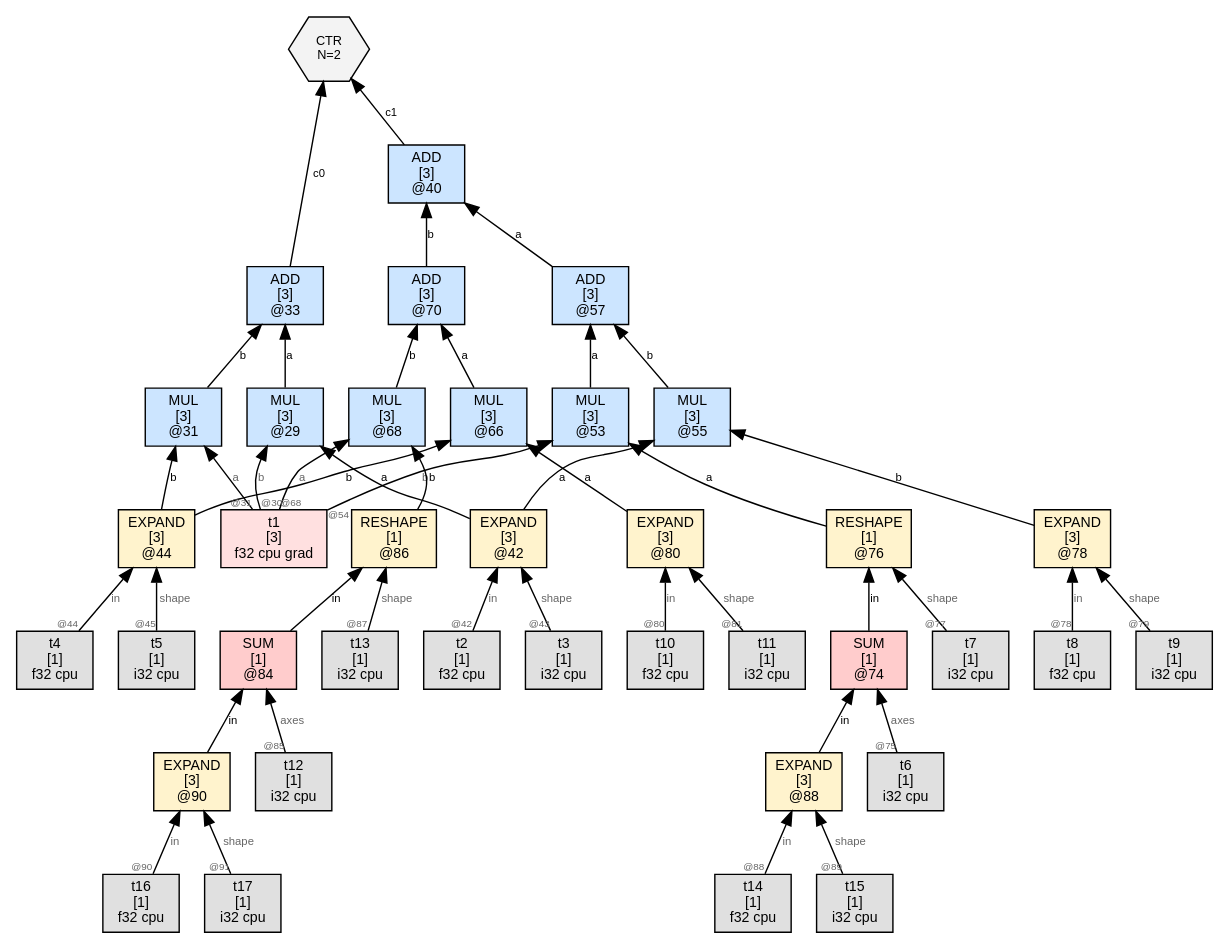
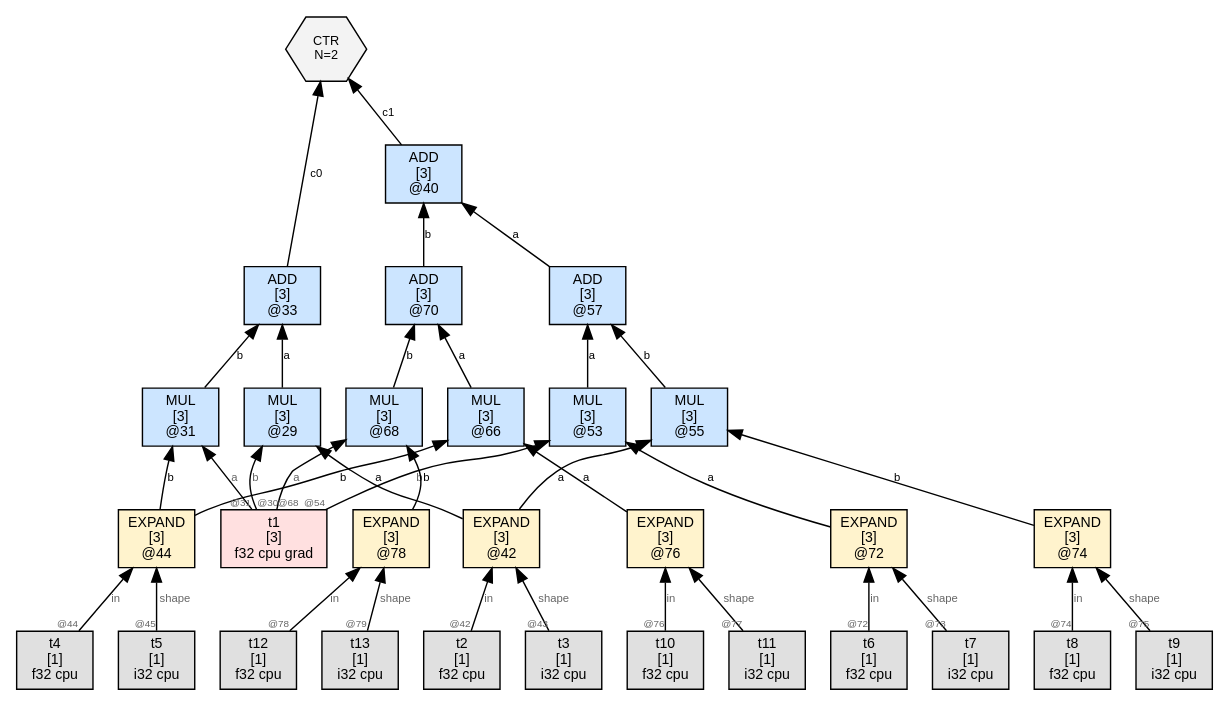
The diagram in wl/examples/thvm_graphs/grad_rules/second_derivative/thvm_2_post_sweep.dot (sw1sh/TinyHVM), drawn with Graphviz before and after one commit. The commit also changed 19 other files, not shown here.

First line of the commit message:
grad: EXPAND rule direct-emit — 105/105 e2e pass CPU+Metal

```diff
--- a/wl/examples/thvm_graphs/grad_rules/second_derivative/thvm_2_post_sweep.dot
+++ b/wl/examples/thvm_graphs/grad_rules/second_derivative/thvm_2_post_sweep.dot
@@ -1,86 +1,70 @@
 digraph G {
   rankdir=BT;
   node [fontname="Helvetica", fontsize=10, style=filled, shape=box, margin="0.1,0.05"];
   edge [fontsize=8, fontname="Helvetica"];
 
   n33 [label="ADD\n[3]\n@33", shape=box, fillcolor="#cce5ff"];
   n29 -> n33 [label="a"];
   n31 -> n33 [label="b"];
   n40 [label="ADD\n[3]\n@40", shape=box, fillcolor="#cce5ff"];
   n57 -> n40 [label="a"];
   n70 -> n40 [label="b"];
   ctr11 [label="CTR\nN=2", shape=hexagon, fillcolor="#f3f3f3", fontsize=9];
   n33 -> ctr11 [label="c0"];
   n40 -> ctr11 [label="c1"];
   n42 [label="EXPAND\n[3]\n@42", shape=box, fillcolor="#fff3cd"];
   t2 [label="t2\n[1]\nf32 cpu",shape=box,fillcolor="#e0e0e0"];
   t2 -> n42 [label="in",taillabel="@42",labelfontsize=7,fontcolor="#666666"];
   t3 [label="t3\n[1]\ni32 cpu",shape=box,fillcolor="#e0e0e0"];
   t3 -> n42 [label="shape",taillabel="@43",labelfontsize=7,fontcolor="#666666"];
   n44 [label="EXPAND\n[3]\n@44", shape=box, fillcolor="#fff3cd"];
   t4 [label="t4\n[1]\nf32 cpu",shape=box,fillcolor="#e0e0e0"];
   t4 -> n44 [label="in",taillabel="@44",labelfontsize=7,fontcolor="#666666"];
   t5 [label="t5\n[1]\ni32 cpu",shape=box,fillcolor="#e0e0e0"];
   t5 -> n44 [label="shape",taillabel="@45",labelfontsize=7,fontcolor="#666666"];
   n29 [label="MUL\n[3]\n@29", shape=box, fillcolor="#cce5ff"];
   n42 -> n29 [label="a"];
   t1 [label="t1\n[3]\nf32 cpu grad",shape=box,fillcolor="#ffe0e0"];
   t1 -> n29 [label="b",taillabel="@30",labelfontsize=7,fontcolor="#666666"];
   n31 [label="MUL\n[3]\n@31", shape=box, fillcolor="#cce5ff"];
   t1 -> n31 [label="a",taillabel="@31",labelfontsize=7,fontcolor="#666666"];
   n44 -> n31 [label="b"];
   n57 [label="ADD\n[3]\n@57", shape=box, fillcolor="#cce5ff"];
   n53 -> n57 [label="a"];
   n55 -> n57 [label="b"];
   n70 [label="ADD\n[3]\n@70", shape=box, fillcolor="#cce5ff"];
   n66 -> n70 [label="a"];
   n68 -> n70 [label="b"];
-  n76 [label="RESHAPE\n[1]\n@76", shape=box, fillcolor="#fff3cd"];
-  n74 -> n76 [label="in"];
+  n72 [label="EXPAND\n[3]\n@72", shape=box, fillcolor="#fff3cd"];
+  t6 [label="t6\n[1]\nf32 cpu",shape=box,fillcolor="#e0e0e0"];
+  t6 -> n72 [label="in",taillabel="@72",labelfontsize=7,fontcolor="#666666"];
   t7 [label="t7\n[1]\ni32 cpu",shape=box,fillcolor="#e0e0e0"];
-  t7 -> n76 [label="shape",taillabel="@77",labelfontsize=7,fontcolor="#666666"];
-  n78 [label="EXPAND\n[3]\n@78", shape=box, fillcolor="#fff3cd"];
+  t7 -> n72 [label="shape",taillabel="@73",labelfontsize=7,fontcolor="#666666"];
+  n74 [label="EXPAND\n[3]\n@74", shape=box, fillcolor="#fff3cd"];
   t8 [label="t8\n[1]\nf32 cpu",shape=box,fillcolor="#e0e0e0"];
-  t8 -> n78 [label="in",taillabel="@78",labelfontsize=7,fontcolor="#666666"];
+  t8 -> n74 [label="in",taillabel="@74",labelfontsize=7,fontcolor="#666666"];
   t9 [label="t9\n[1]\ni32 cpu",shape=box,fillcolor="#e0e0e0"];
-  t9 -> n78 [label="shape",taillabel="@79",labelfontsize=7,fontcolor="#666666"];
+  t9 -> n74 [label="shape",taillabel="@75",labelfontsize=7,fontcolor="#666666"];
   n53 [label="MUL\n[3]\n@53", shape=box, fillcolor="#cce5ff"];
-  n76 -> n53 [label="a"];
+  n72 -> n53 [label="a"];
   t1 -> n53 [label="b",taillabel="@54",labelfontsize=7,fontcolor="#666666"];
   n55 [label="MUL\n[3]\n@55", shape=box, fillcolor="#cce5ff"];
   n42 -> n55 [label="a"];
-  n78 -> n55 [label="b"];
-  n80 [label="EXPAND\n[3]\n@80", shape=box, fillcolor="#fff3cd"];
+  n74 -> n55 [label="b"];
+  n76 [label="EXPAND\n[3]\n@76", shape=box, fillcolor="#fff3cd"];
   t10 [label="t10\n[1]\nf32 cpu",shape=box,fillcolor="#e0e0e0"];
-  t10 -> n80 [label="in",taillabel="@80",labelfontsize=7,fontcolor="#666666"];
+  t10 -> n76 [label="in",taillabel="@76",labelfontsize=7,fontcolor="#666666"];
   t11 [label="t11\n[1]\ni32 cpu",shape=box,fillcolor="#e0e0e0"];
-  t11 -> n80 [label="shape",taillabel="@81",labelfontsize=7,fontcolor="#666666"];
-  n86 [label="RESHAPE\n[1]\n@86", shape=box, fillcolor="#fff3cd"];
-  n84 -> n86 [label="in"];
+  t11 -> n76 [label="shape",taillabel="@77",labelfontsize=7,fontcolor="#666666"];
+  n78 [label="EXPAND\n[3]\n@78", shape=box, fillcolor="#fff3cd"];
+  t12 [label="t12\n[1]\nf32 cpu",shape=box,fillcolor="#e0e0e0"];
+  t12 -> n78 [label="in",taillabel="@78",labelfontsize=7,fontcolor="#666666"];
   t13 [label="t13\n[1]\ni32 cpu",shape=box,fillcolor="#e0e0e0"];
-  t13 -> n86 [label="shape",taillabel="@87",labelfontsize=7,fontcolor="#666666"];
+  t13 -> n78 [label="shape",taillabel="@79",labelfontsize=7,fontcolor="#666666"];
   n66 [label="MUL\n[3]\n@66", shape=box, fillcolor="#cce5ff"];
-  n80 -> n66 [label="a"];
+  n76 -> n66 [label="a"];
   n44 -> n66 [label="b"];
   n68 [label="MUL\n[3]\n@68", shape=box, fillcolor="#cce5ff"];
   t1 -> n68 [label="a",taillabel="@68",labelfontsize=7,fontcolor="#666666"];
-  n86 -> n68 [label="b"];
-  n88 [label="EXPAND\n[3]\n@88", shape=box, fillcolor="#fff3cd"];
-  t14 [label="t14\n[1]\nf32 cpu",shape=box,fillcolor="#e0e0e0"];
-  t14 -> n88 [label="in",taillabel="@88",labelfontsize=7,fontcolor="#666666"];
-  t15 [label="t15\n[1]\ni32 cpu",shape=box,fillcolor="#e0e0e0"];
-  t15 -> n88 [label="shape",taillabel="@89",labelfontsize=7,fontcolor="#666666"];
-  n74 [label="SUM\n[1]\n@74", shape=box, fillcolor="#ffcccc"];
-  n88 -> n74 [label="in"];
-  t6 [label="t6\n[1]\ni32 cpu",shape=box,fillcolor="#e0e0e0"];
-  t6 -> n74 [label="axes",taillabel="@75",labelfontsize=7,fontcolor="#666666"];
-  n90 [label="EXPAND\n[3]\n@90", shape=box, fillcolor="#fff3cd"];
-  t16 [label="t16\n[1]\nf32 cpu",shape=box,fillcolor="#e0e0e0"];
-  t16 -> n90 [label="in",taillabel="@90",labelfontsize=7,fontcolor="#666666"];
-  t17 [label="t17\n[1]\ni32 cpu",shape=box,fillcolor="#e0e0e0"];
-  t17 -> n90 [label="shape",taillabel="@91",labelfontsize=7,fontcolor="#666666"];
-  n84 [label="SUM\n[1]\n@84", shape=box, fillcolor="#ffcccc"];
-  n90 -> n84 [label="in"];
-  t12 [label="t12\n[1]\ni32 cpu",shape=box,fillcolor="#e0e0e0"];
-  t12 -> n84 [label="axes",taillabel="@85",labelfontsize=7,fontcolor="#666666"];
+  n78 -> n68 [label="b"];
 }
```
